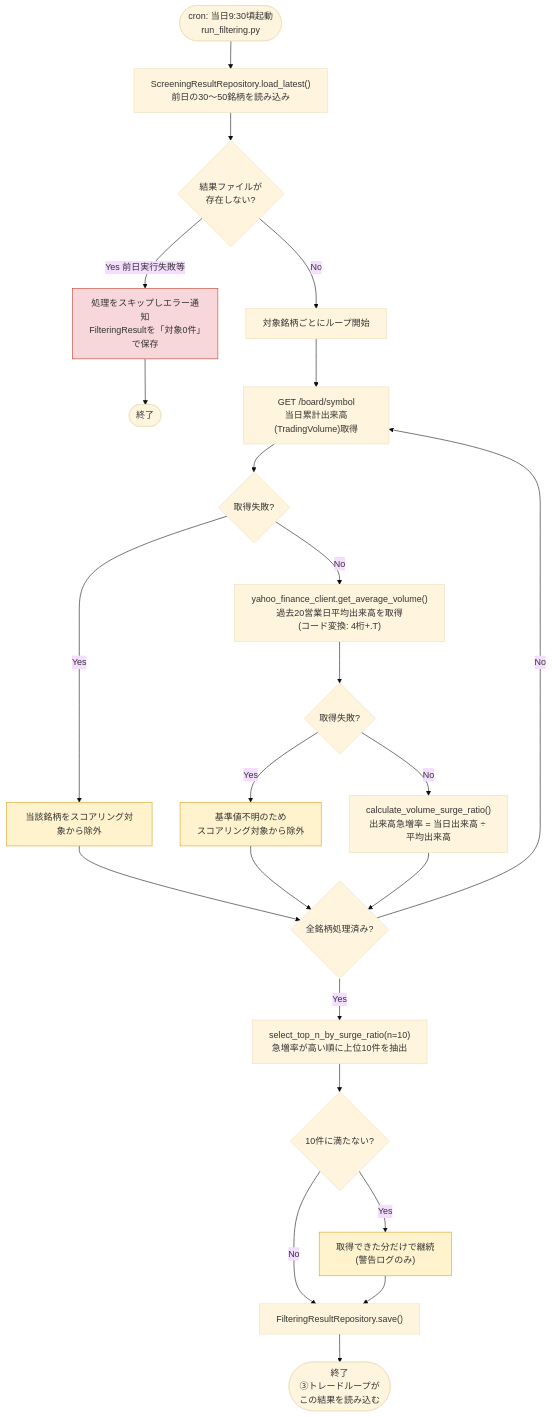
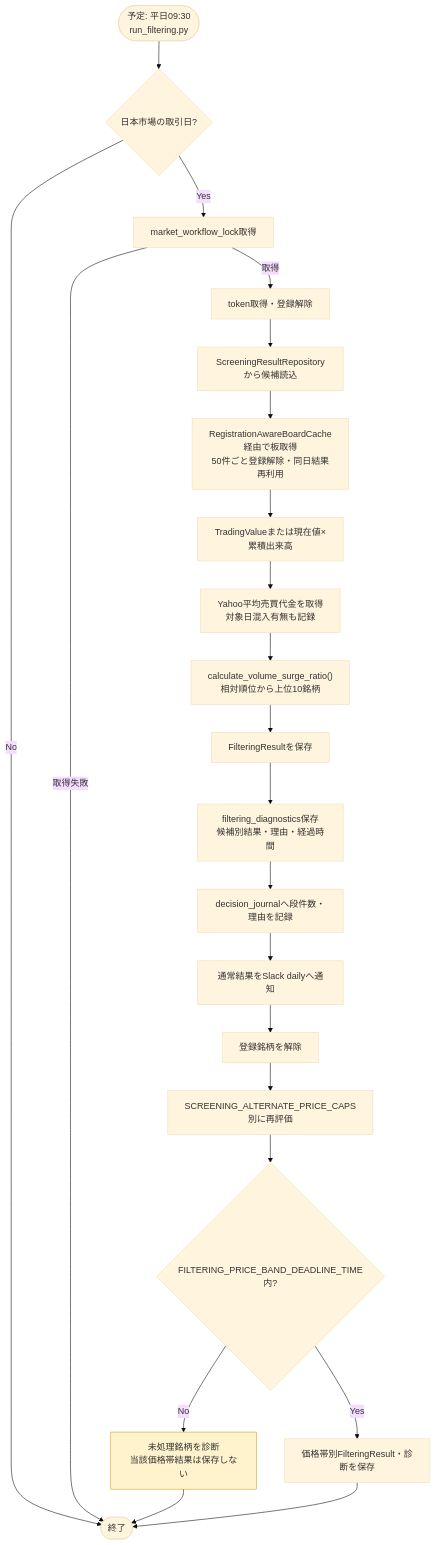
The diagram in docs/detail_design/02-filtering-flow.mermaid (kiyoto-aizu/trade-pjoject), drawn with Mermaid (base theme) before and after one commit. The commit also changed 6 other files, not shown here.

Commit message:
docs: 01・02設計書と通知まわり・architectureを更新

```diff
--- a/docs/detail_design/02-filtering-flow.mermaid
+++ b/docs/detail_design/02-filtering-flow.mermaid
@@ -1,35 +1,24 @@
 flowchart TD
-    Start(["cron: 当日9:30頃起動<br/>run_filtering.py"]) --> A1["ScreeningResultRepository.load_latest()<br/>前日の30〜50銘柄を読み込み"]
-    A1 --> A2{"結果ファイルが<br/>存在しない?"}
-    A2 -->|Yes 前日実行失敗等| A2a["処理をスキップしエラー通知<br/>FilteringResultを「対象0件」で保存"]
-    A2a --> End(["終了"])
+    Start(["予定: 平日09:30<br/>run_filtering.py"]) --> Day{"日本市場の取引日?"}
+    Day -->|No| End(["終了"])
+    Day -->|Yes| Lock["market_workflow_lock取得"]
+    Lock -->|取得失敗| End
+    Lock -->|取得| Token["token取得・登録解除"]
+    Token --> Input["ScreeningResultRepositoryから候補読込"]
+    Input --> Board["RegistrationAwareBoardCache経由で板取得<br/>50件ごと登録解除・同日結果再利用"]
+    Board --> Value["TradingValueまたは現在値×累積出来高"]
+    Value --> Average["Yahoo平均売買代金を取得<br/>対象日混入有無も記録"]
+    Average --> Score["calculate_volume_surge_ratio()<br/>相対順位から上位10銘柄"]
+    Score --> Result["FilteringResultを保存"]
+    Result --> Diagnostic["filtering_diagnostics保存<br/>候補別結果・理由・経過時間"]
+    Diagnostic --> Journal["decision_journalへ段件数・理由を記録"]
+    Journal --> Notify["通常結果をSlack dailyへ通知"]
+    Notify --> Clear["登録銘柄を解除"]
+    Clear --> Bands["SCREENING_ALTERNATE_PRICE_CAPS別に再評価"]
+    Bands --> Deadline{"FILTERING_PRICE_BAND_DEADLINE_TIME内?"}
+    Deadline -->|No| Partial["未処理銘柄を診断<br/>当該価格帯結果は保存しない"]
+    Deadline -->|Yes| BandSave["価格帯別FilteringResult・診断を保存"]
+    Partial --> End
+    BandSave --> End
 
-    A2 -->|No| B1["対象銘柄ごとにループ開始"]
-    B1 --> B2["GET /board/symbol<br/>当日累計出来高(TradingVolume)取得"]
-    B2 --> B3{"取得失敗?"}
-    B3 -->|Yes| B3a["当該銘柄をスコアリング対象から除外"]
-    B3 -->|No| C1
-
-    C1["yahoo_finance_client.get_average_volume()<br/>過去20営業日平均出来高を取得<br/>(コード変換: 4桁+.T)"]
-    C1 --> C2{"取得失敗?"}
-    C2 -->|Yes| C2a["基準値不明のため<br/>スコアリング対象から除外"]
-    C2 -->|No| D1
-
-    B3a --> NextSymbol{"全銘柄処理済み?"}
-    C2a --> NextSymbol
-    D1["calculate_volume_surge_ratio()<br/>出来高急増率 = 当日出来高 ÷ 平均出来高"] --> NextSymbol
-    NextSymbol -->|No| B2
-    NextSymbol -->|Yes| E1
-
-    E1["select_top_n_by_surge_ratio(n=10)<br/>急増率が高い順に上位10件を抽出"]
-    E1 --> E2{"10件に満たない?"}
-    E2 -->|Yes| E2a["取得できた分だけで継続<br/>(警告ログのみ)"]
-    E2 -->|No| F1
-    E2a --> F1["FilteringResultRepository.save()"]
-
-    F1 --> End2(["終了<br/>③トレードループが<br/>この結果を読み込む"])
-
-    style A2a fill:#f8d7da,stroke:#c0392b
-    style B3a fill:#fff3cd,stroke:#d4a017
-    style C2a fill:#fff3cd,stroke:#d4a017
-    style E2a fill:#fff3cd,stroke:#d4a017
+    style Partial fill:#fff3cd,stroke:#d4a017
```
